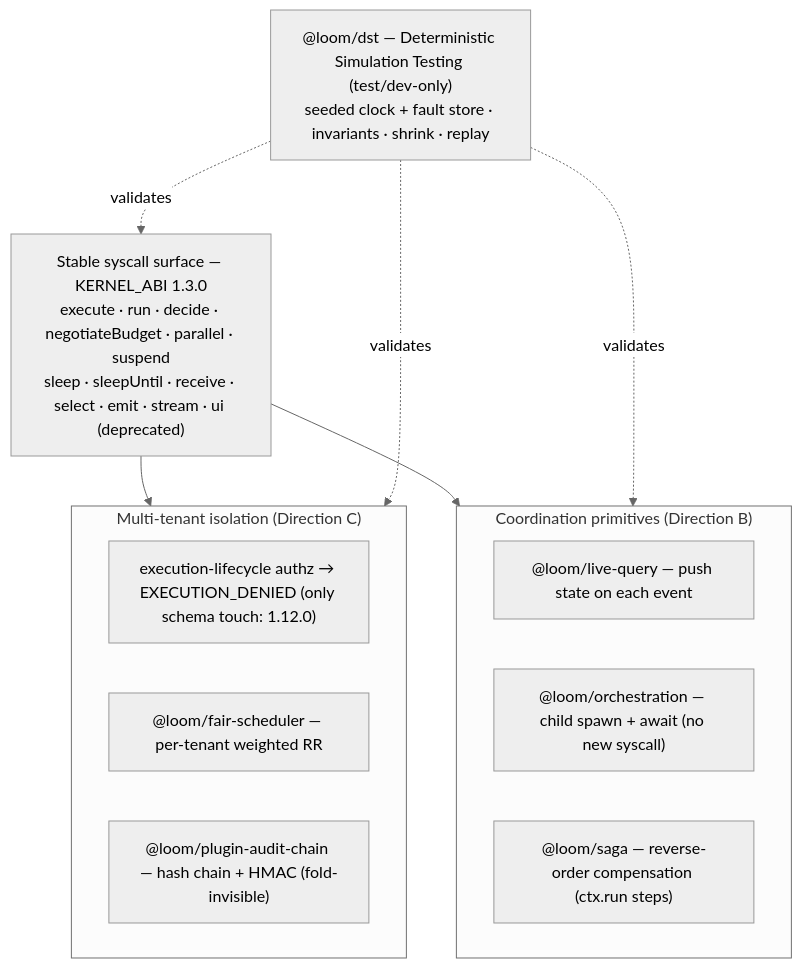
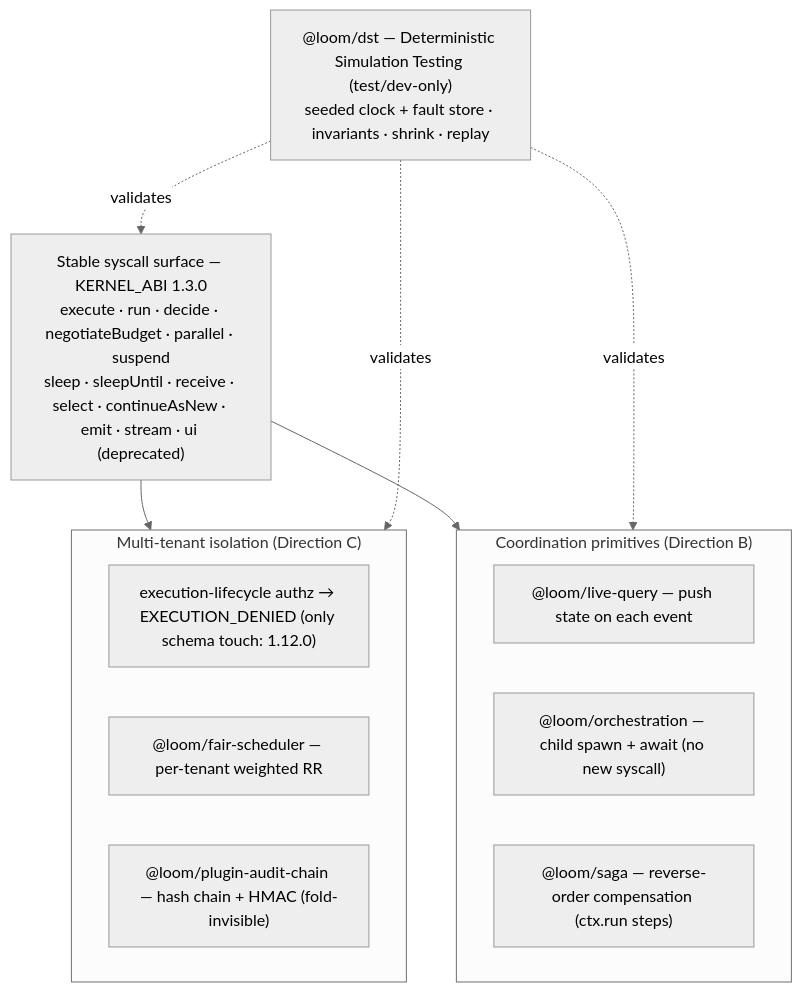
One commit to chhetrisushil/loom changed diagram 12 of 13 in docs/architecture.md. Above: the diagram before and after it, drawn with Mermaid (neutral theme). The commit also changed other lines of this file and 15 other files, not shown here.

````diff
--- a/docs/architecture.md
+++ b/docs/architecture.md
@@ -423,24 +423,24 @@
 ```mermaid
 flowchart TB
-  Sys["Stable syscall surface — KERNEL_ABI 1.3.0<br/>execute · run · decide · negotiateBudget · parallel · suspend<br/>sleep · sleepUntil · receive · select · emit · stream · ui (deprecated)"]
+  Sys["Stable syscall surface — KERNEL_ABI 1.3.0<br/>execute · run · decide · negotiateBudget · parallel · suspend<br/>sleep · sleepUntil · receive · select · continueAsNew · emit · stream · ui (deprecated)"]
 
   subgraph Iso["Multi-tenant isolation (Direction C)"]
     AZ["execution-lifecycle authz → EXECUTION_DENIED (only schema touch: 1.12.0)"]
     FS["@loom/fair-scheduler — per-tenant weighted RR"]
     AC["@loom/plugin-audit-chain — hash chain + HMAC (fold-invisible)"]
   end
 
   subgraph Coord["Coordination primitives (Direction B)"]
     LQ["@loom/live-query — push state on each event"]
     OR["@loom/orchestration — child spawn + await (no new syscall)"]
     SG["@loom/saga — reverse-order compensation (ctx.run steps)"]
   end
 
   DST["@loom/dst — Deterministic Simulation Testing (test/dev-only)<br/>seeded clock + fault store · invariants · shrink · replay"]
 
   Sys --> Iso
   Sys --> Coord
   DST -.validates.-> Iso
   DST -.validates.-> Coord
   DST -.validates.-> Sys
 ```
````
